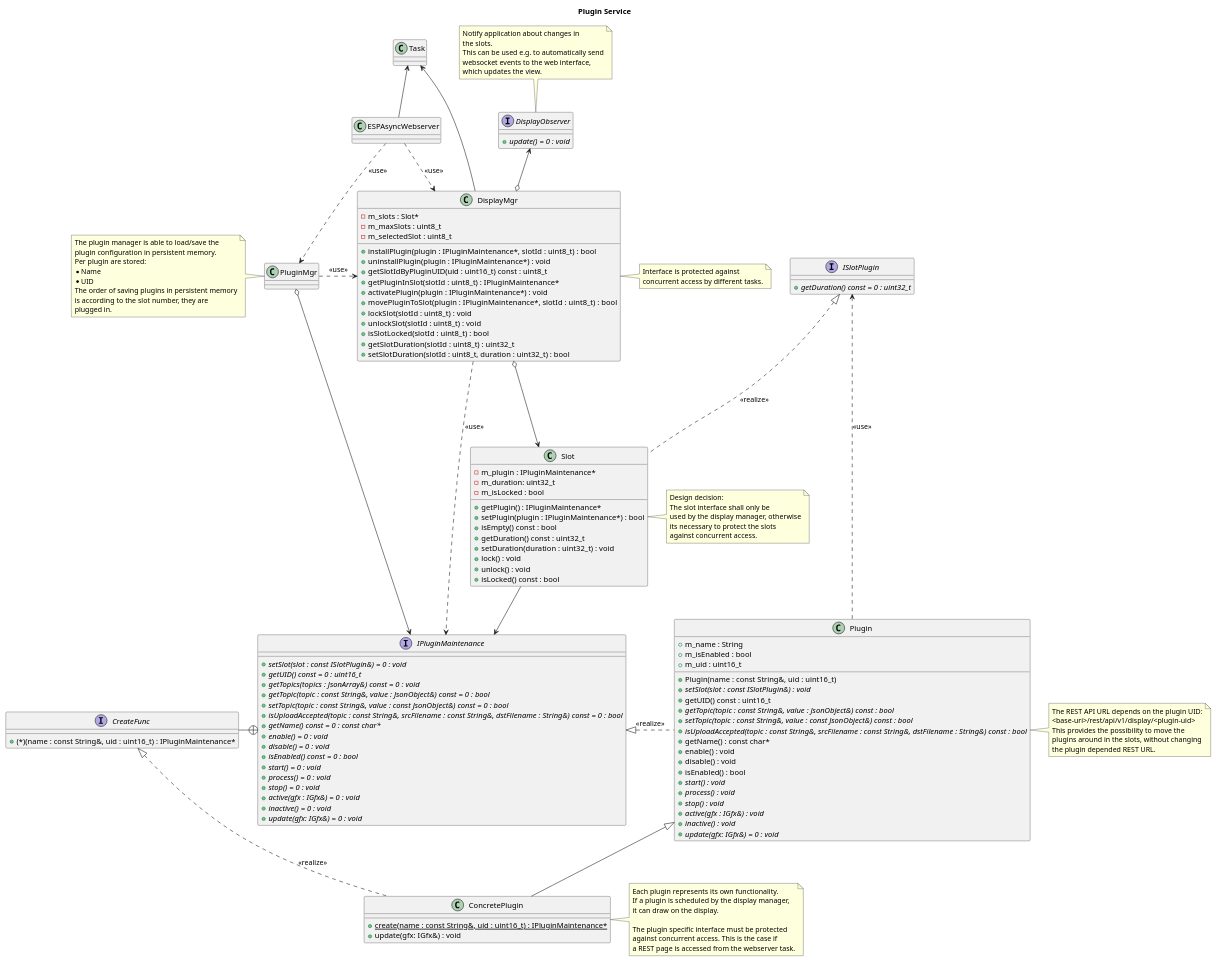
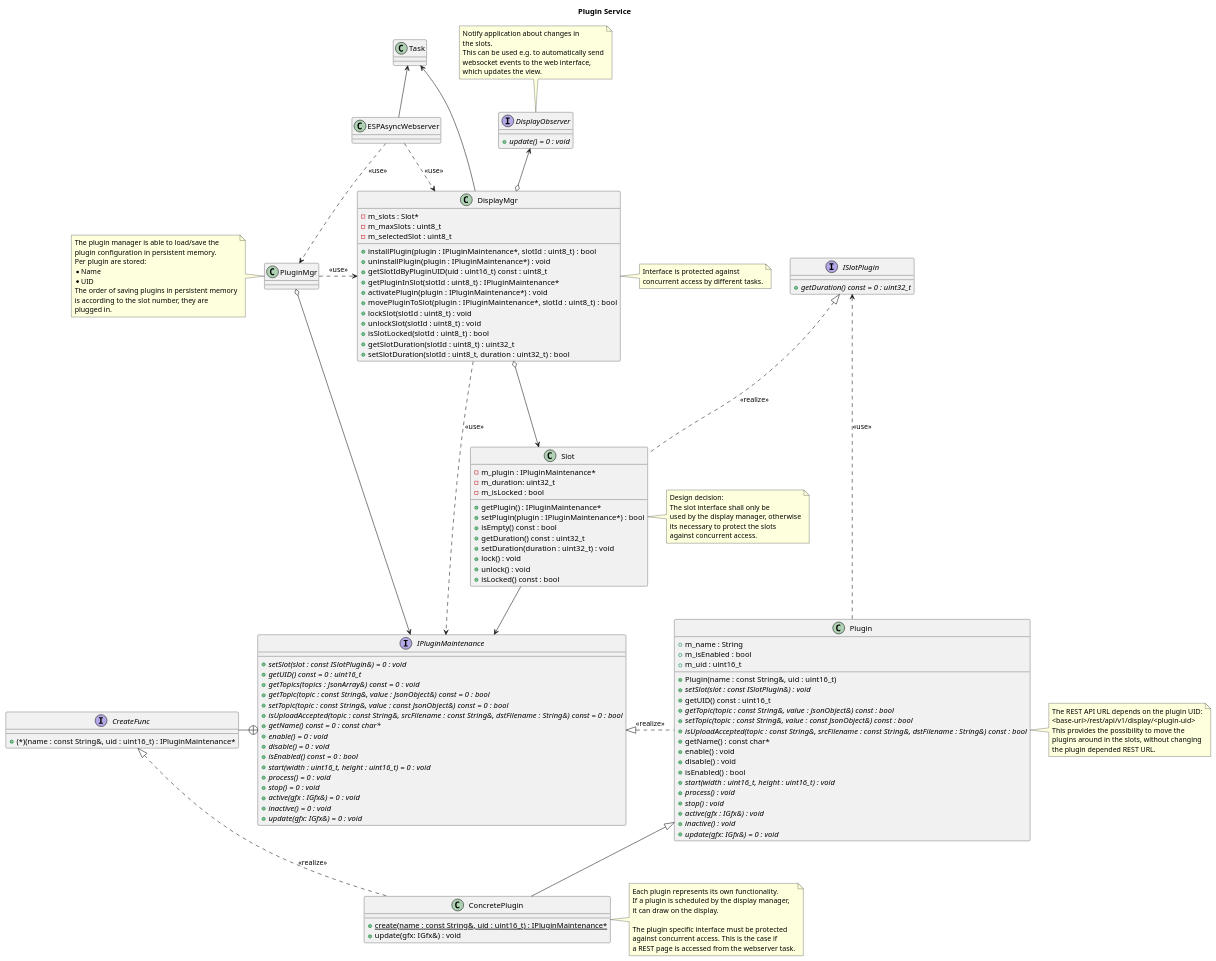
The diagram in doc/design/plugin-service.plantuml (BlueAndi/Pixelix), drawn with PlantUML before and after one commit. The commit also changed 36 other files, not shown here.

First line of the commit message:
The start() method provides now the display width and height. Therefore it is not necessary anymore to initialize display size depended stuff in the active() method and check all the time whether is must be done or not.

```diff
--- a/doc/design/plugin-service.plantuml
+++ b/doc/design/plugin-service.plantuml
@@ -1,180 +1,180 @@
 @startuml
 
 title Plugin Service
 
 interface IPluginMaintenance {
 
     + {abstract} setSlot(slot : const ISlotPlugin&) = 0 : void
     + {abstract} getUID() const = 0 : uint16_t
     + {abstract} getTopics(topics : JsonArray&) const = 0 : void
     + {abstract} getTopic(topic : const String&, value : JsonObject&) const = 0 : bool
     + {abstract} setTopic(topic : const String&, value : const JsonObject&) const = 0 : bool
     + {abstract} isUploadAccepted(topic : const String&, srcFilename : const String&, dstFilename : String&) const = 0 : bool
     + {abstract} getName() const = 0 : const char*
     + {abstract} enable() = 0 : void
     + {abstract} disable() = 0 : void
     + {abstract} isEnabled() const = 0 : bool
-    + {abstract} start() = 0 : void
+    + {abstract} start(width : uint16_t, height : uint16_t) = 0 : void
     + {abstract} process() = 0 : void
     + {abstract} stop() = 0 : void
     + {abstract} active(gfx : IGfx&) = 0 : void
     + {abstract} inactive() = 0 : void
     + {abstract} update(gfx: IGfx&) = 0 : void
 }
 
 interface CreateFunc {
     + (*)(name : const String&, uid : uint16_t) : IPluginMaintenance*
 }
 
 class Plugin {
 
     + m_name : String
     + m_isEnabled : bool
     + m_uid : uint16_t
 
     + Plugin(name : const String&, uid : uint16_t)
     + {abstract} setSlot(slot : const ISlotPlugin&) : void
     + getUID() const : uint16_t
     + {abstract} getTopic(topic : const String&, value : JsonObject&) const : bool
     + {abstract} setTopic(topic : const String&, value : const JsonObject&) const : bool
     + {abstract} isUploadAccepted(topic : const String&, srcFilename : const String&, dstFilename : String&) const : bool
     + getName() : const char*
     + enable() : void
     + disable() : void
     + isEnabled() : bool
-    + {abstract} start() : void
+    + {abstract} start(width : uint16_t, height : uint16_t) : void
     + {abstract} process() : void
     + {abstract} stop() : void
     + {abstract} active(gfx : IGfx&) : void
     + {abstract} inactive() : void
     + {abstract} update(gfx: IGfx&) = 0 : void
 }
 
 note right of Plugin
     The REST API URL depends on the plugin UID:
     <base-uri>/rest/api/v1/display/<plugin-uid>
     This provides the possibility to move the
     plugins around in the slots, without changing
     the plugin depended REST URL.
 end note
 
 class ConcretePlugin {
     + {static} create(name : const String&, uid : uint16_t) : IPluginMaintenance*
     + update(gfx: IGfx&) : void
 }
 
 note right of ConcretePlugin
     Each plugin represents its own functionality.
     If a plugin is scheduled by the display manager,
     it can draw on the display.
 
     The plugin specific interface must be protected
     against concurrent access. This is the case if
     a REST page is accessed from the webserver task.
 end note
 
 interface ISlotPlugin {
 
     + {abstract} getDuration() const = 0 : uint32_t
 }
 
 class Slot {
     - m_plugin : IPluginMaintenance*
     - m_duration: uint32_t
     - m_isLocked : bool
     + getPlugin() : IPluginMaintenance*
     + setPlugin(plugin : IPluginMaintenance*) : bool
     + isEmpty() const : bool
     + getDuration() const : uint32_t
     + setDuration(duration : uint32_t) : void
     + lock() : void
     + unlock() : void
     + isLocked() const : bool
 }
 
 note right of Slot
     Design decision:
     The slot interface shall only be
     used by the display manager, otherwise
     its necessary to protect the slots
     against concurrent access.
 end note
 
 interface DisplayObserver {
     + {abstract} update() = 0 : void
 }
 
 note top of DisplayObserver
     Notify application about changes in
     the slots.
     This can be used e.g. to automatically send
     websocket events to the web interface,
     which updates the view.
 end note
 
 class DisplayMgr {
     - m_slots : Slot*
     - m_maxSlots : uint8_t
     - m_selectedSlot : uint8_t
     + installPlugin(plugin : IPluginMaintenance*, slotId : uint8_t) : bool
     + uninstallPlugin(plugin : IPluginMaintenance*) : void
     + getSlotIdByPluginUID(uid : uint16_t) const : uint8_t
     + getPluginInSlot(slotId : uint8_t) : IPluginMaintenance*
     + activatePlugin(plugin : IPluginMaintenance*) : void
     + movePluginToSlot(plugin : IPluginMaintenance*, slotId : uint8_t) : bool
     + lockSlot(slotId : uint8_t) : void
     + unlockSlot(slotId : uint8_t) : void
     + isSlotLocked(slotId : uint8_t) : bool
     + getSlotDuration(slotId : uint8_t) : uint32_t
     + setSlotDuration(slotId : uint8_t, duration : uint32_t) : bool
 }
 
 note right of DisplayMgr
     Interface is protected against
     concurrent access by different tasks.
 end note
 
 class Task
 
 class PluginMgr
 
 note left of PluginMgr
     The plugin manager is able to load/save the
     plugin configuration in persistent memory.
     Per plugin are stored:
     * Name
     * UID
     The order of saving plugins in persistent memory
     is according to the slot number, they are
     plugged in.
 end note
 
 class ESPAsyncWebserver
 
 CreateFunc -+ IPluginMaintenance
 
 IPluginMaintenance <|. Plugin: <<realize>>
 ISlotPlugin <.... Plugin: <<use>>
 
 Plugin <|-- ConcretePlugin
 CreateFunc <|.. ConcretePlugin: <<realize>>
 
 ISlotPlugin <|.. Slot: <<realize>>
 
 DisplayMgr ....> IPluginMaintenance: <<use>>
 DisplayMgr o---> Slot
 DisplayMgr o-u-> DisplayObserver
 
 Slot --> IPluginMaintenance
 
 Task <--- DisplayMgr
 
 PluginMgr o--> IPluginMaintenance
 PluginMgr .> DisplayMgr: <<use>>
 
 Task <-- ESPAsyncWebserver
 
 ESPAsyncWebserver ..> DisplayMgr: <<use>>
 ESPAsyncWebserver ..> PluginMgr: <<use>>
 
 @enduml
```
